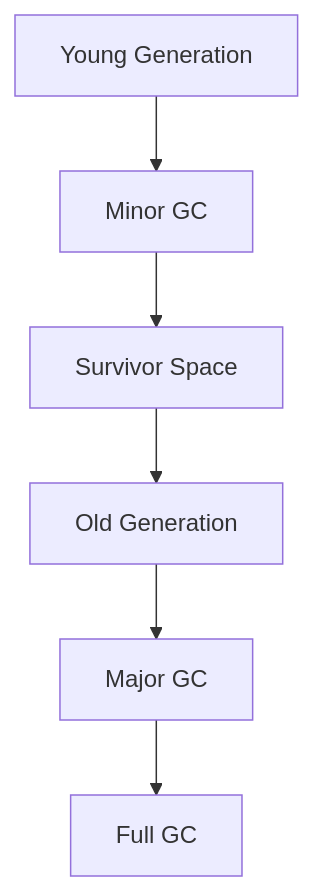
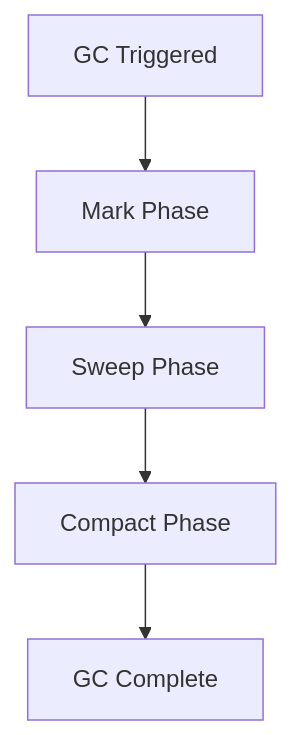
One commit to VrushankPatel/interview-matters changed the diagram in garbage-collection-algorithms/README.md. Above: the diagram before and after it, drawn with Mermaid. The commit also changed other lines of this file and 6 other files, not shown here.

````diff
--- a/garbage-collection-algorithms/README.md
+++ b/garbage-collection-algorithms/README.md
@@ -42,8 +64,7 @@
 ```mermaid
 graph TD
-    A[Young Generation] --> B[Minor GC]
-    B --> C[Survivor Space]
-    C --> D[Old Generation]
-    D --> E[Major GC]
-    E --> F[Full GC]
+    A[GC Triggered] --> B[Mark Phase]
+    B --> C[Sweep Phase]
+    C --> D[Compact Phase]
+    D --> E[GC Complete]
 ```
````
